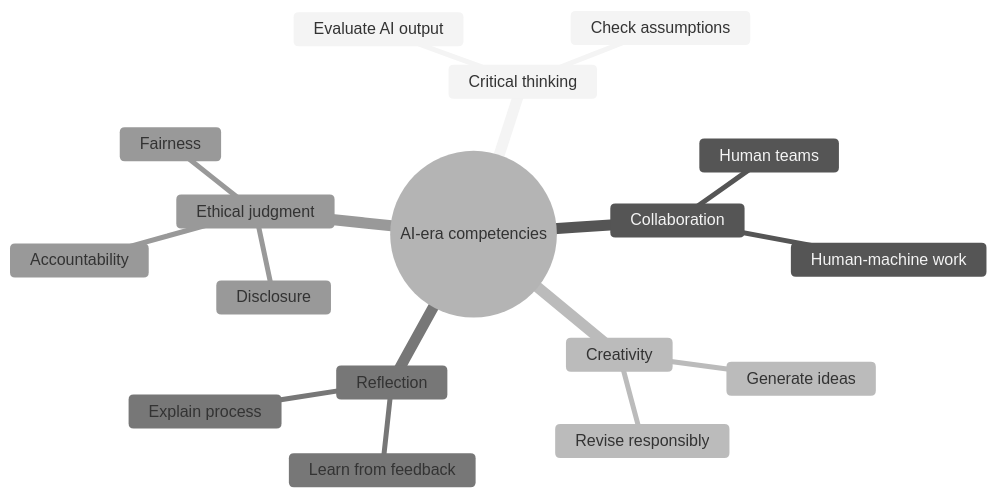
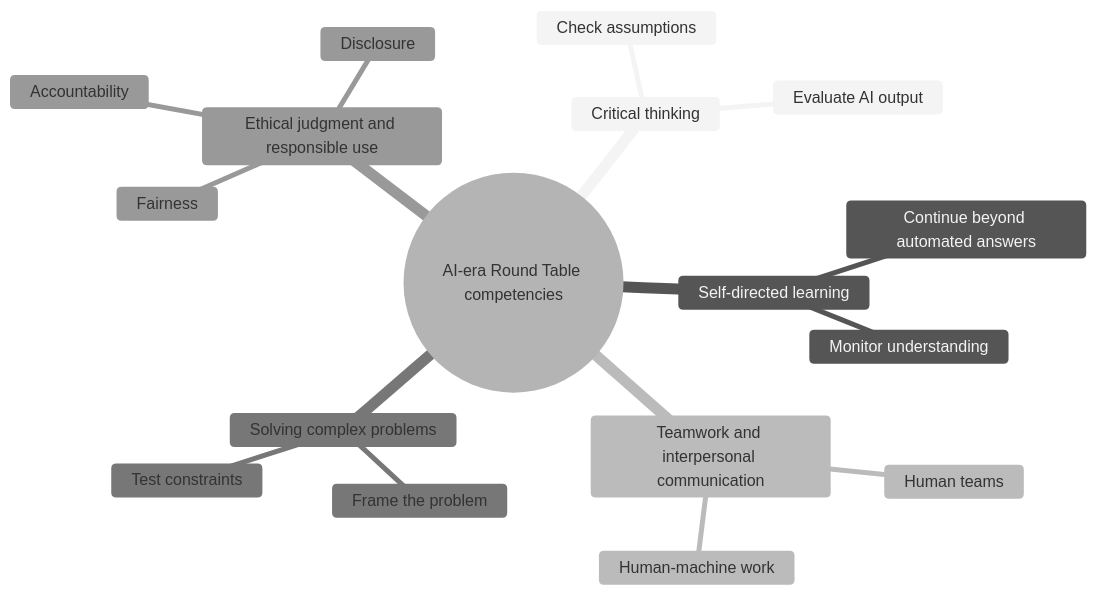
One commit to avisalmon/RoundTableIII changed the third of 20 diagrams in book/manuscript.md. Above: the diagram before and after it, drawn with Mermaid (neutral theme). The commit also changed other lines of this file and 21 other files, not shown here.

````diff
--- a/book/manuscript.md
+++ b/book/manuscript.md
@@ -427,20 +431,20 @@
 ```mermaid
 mindmap
-root((AI-era competencies))
+root((AI-era Round Table competencies))
   Critical thinking
     Evaluate AI output
     Check assumptions
-  Collaboration
+  Self-directed learning
+    Continue beyond automated answers
+    Monitor understanding
+  Teamwork and interpersonal communication
     Human teams
     Human-machine work
-  Creativity
-    Generate ideas
-    Revise responsibly
-  Reflection
-    Explain process
-    Learn from feedback
-  Ethical judgment
+  Solving complex problems
+    Frame the problem
+    Test constraints
+  Ethical judgment and responsible use
     Fairness
     Accountability
     Disclosure
 ```
````
